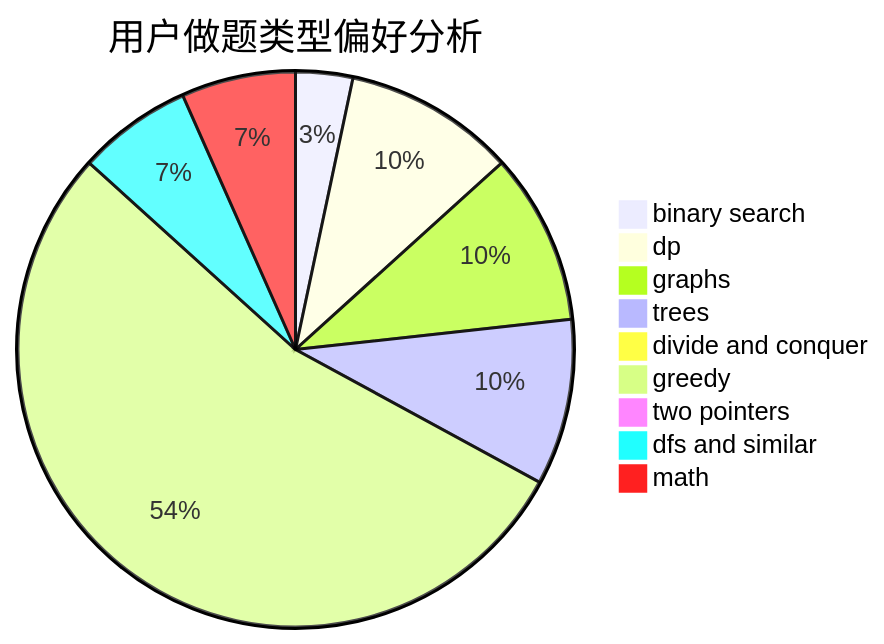
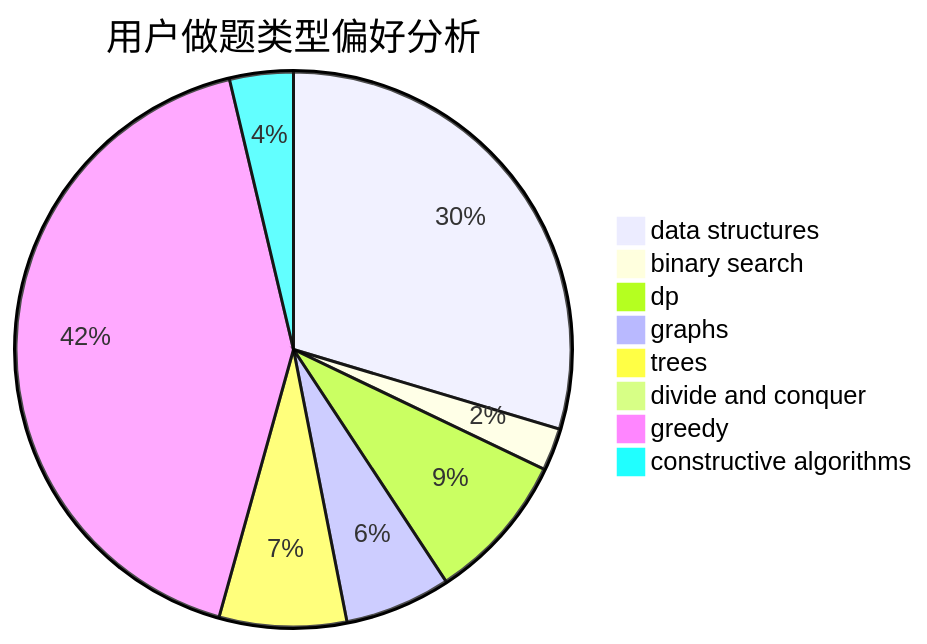
One commit to sherpahu/cfrs.github.io changed the second of 3 diagrams in docs/user/u1490.md. Above: the diagram before and after it, drawn with Mermaid. The commit also changed other lines of this file and 2775 other files, not shown here.

````diff
--- a/docs/user/u1490.md
+++ b/docs/user/u1490.md
@@ -23,12 +23,11 @@
 ```mermaid
 pie title 用户做题类型偏好分析
-    "binary search" :  11
-    "dp" :  33
-    "graphs" :  33
-    "trees" :  32
+    "data structures" :  24
+    "binary search" :  2
+    "dp" :  7
+    "graphs" :  5
+    "trees" :  6
     "divide and conquer" :  0
-    "greedy" :  178
-    "two pointers" :  0
-    "dfs and similar" :  22
-    "math" :  22
+    "greedy" :  34
+    "constructive algorithms" :  3
 ```
````
